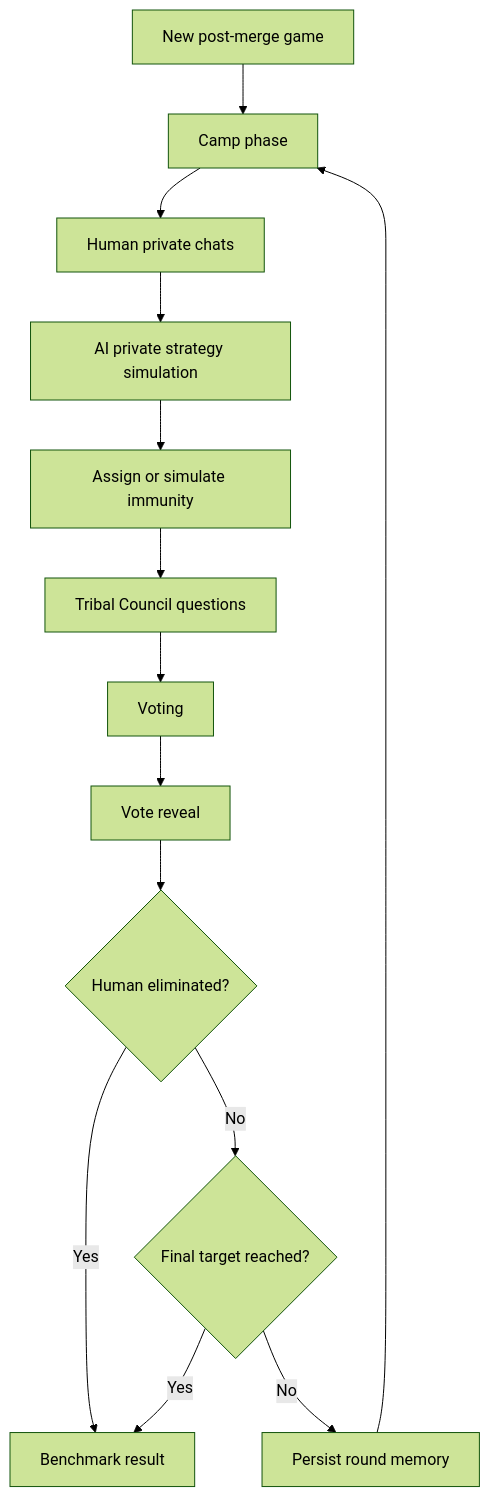
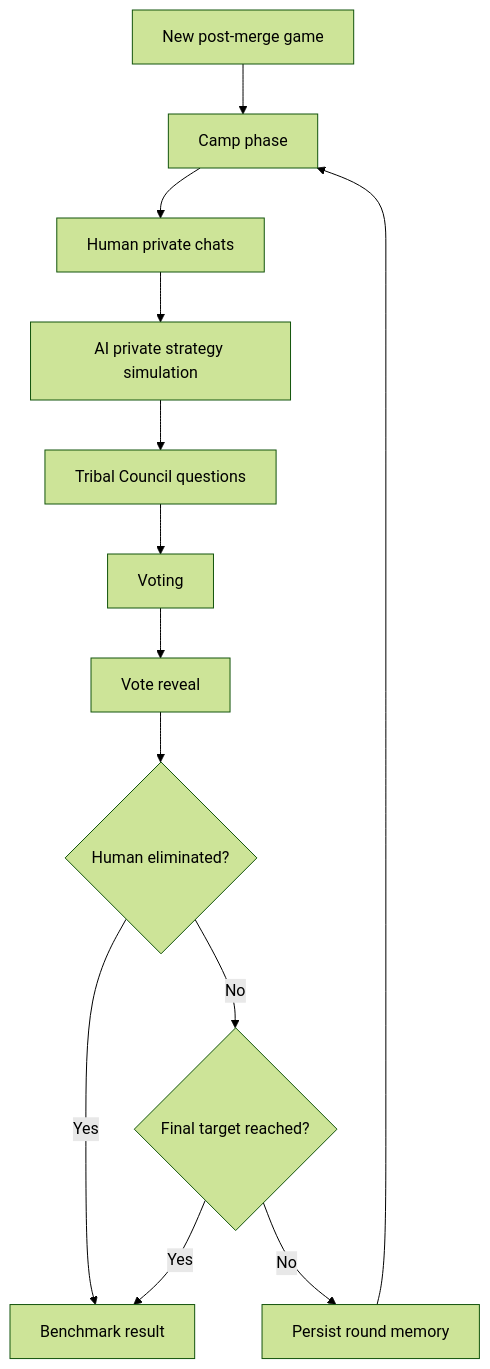
One commit to phulin/survibe changed the diagram in DESIGN.md. Above: the diagram before and after it, drawn with Mermaid (forest theme). The commit also changed other lines of this file and 8 other files, not shown here.

````diff
--- a/DESIGN.md
+++ b/DESIGN.md
@@ -95,16 +96,15 @@
 ```mermaid
 flowchart TD
   A["New post-merge game"] --> B["Camp phase"]
   B --> C["Human private chats"]
   C --> D["AI private strategy simulation"]
-  D --> E["Assign or simulate immunity"]
-  E --> F["Tribal Council questions"]
+  D --> F["Tribal Council questions"]
   F --> G["Voting"]
   G --> H["Vote reveal"]
   H --> I{"Human eliminated?"}
   I -->|Yes| J["Benchmark result"]
   I -->|No| K{"Final target reached?"}
   K -->|Yes| J
   K -->|No| L["Persist round memory"]
   L --> B
 ```
````
